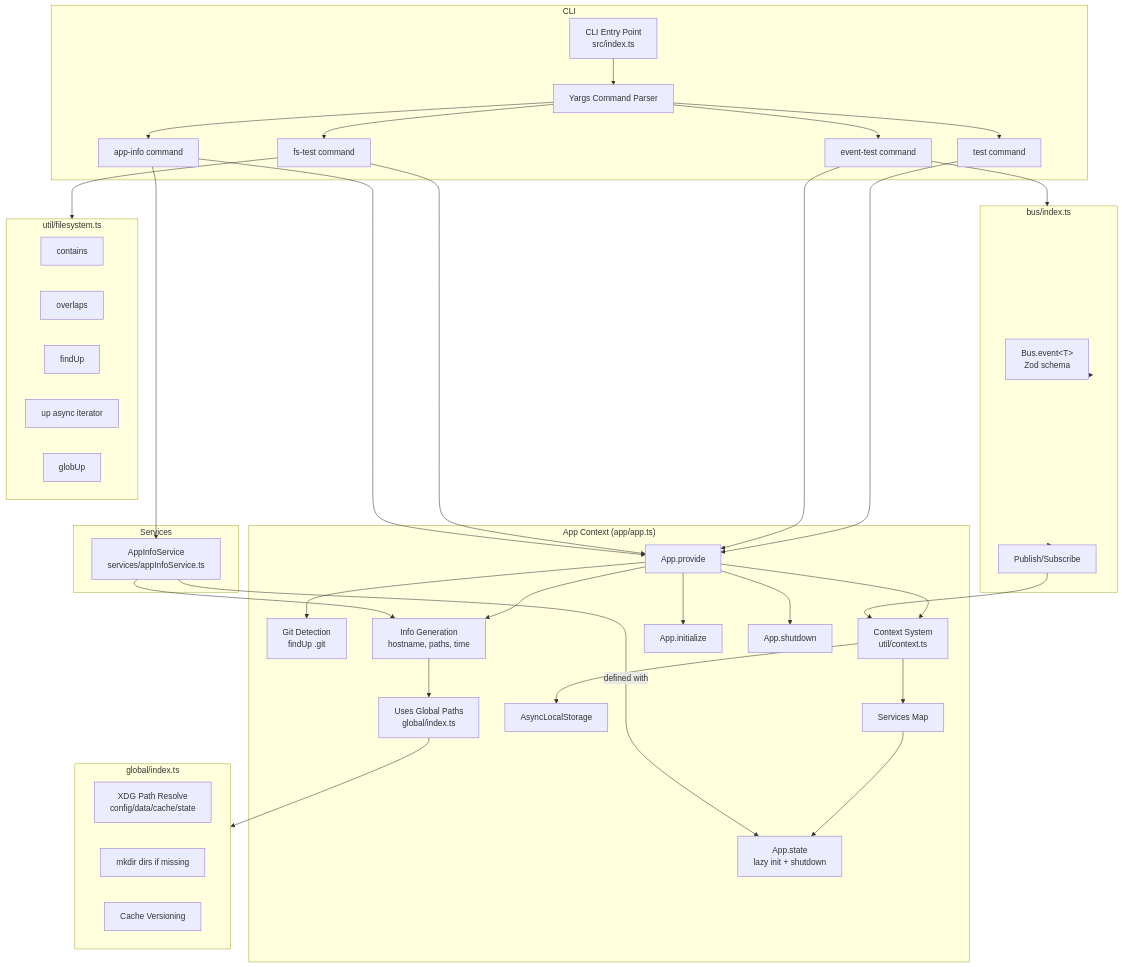
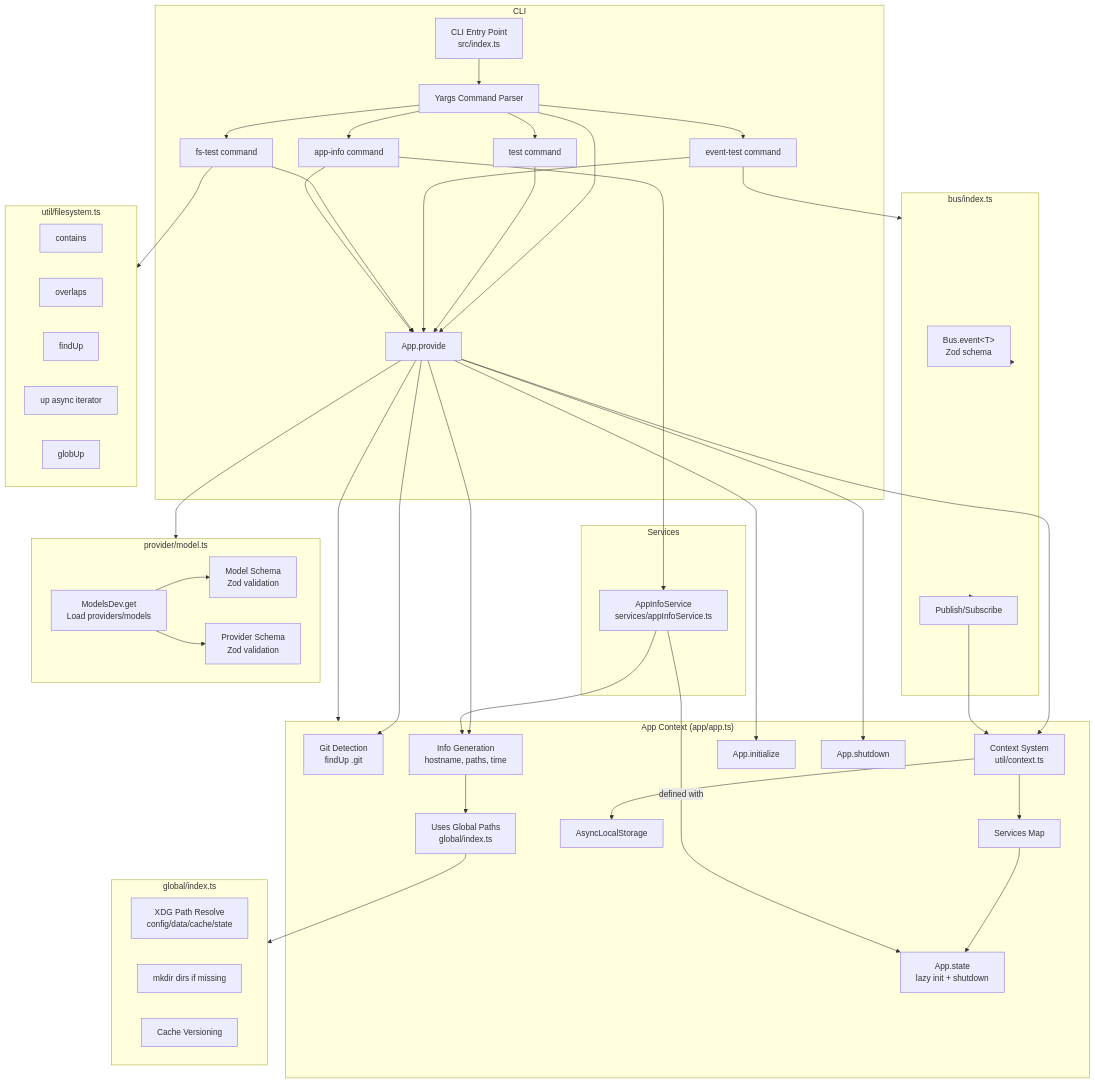
The diagram in packages/pukucode/src/README.md (puku-sh/terminal-ai-assistant), drawn with Mermaid before and after one commit. The commit also changed other lines of this file, not shown here.

````diff
--- a/packages/pukucode/src/README.md
+++ b/packages/pukucode/src/README.md
@@ -22,6 +22,7 @@
     B --> D[event-test command]
     B --> E[fs-test command]
     B --> F[app-info command]
+    B --> G[models-test command]
   end
 
   %% ─────────────────────────── App Context  ────────────────────────────
@@ -78,6 +79,16 @@
   end
   E --> FS
 
+  %% ─────────────────────────── Provider System ─────────────────────────
+  subgraph Provider["provider/model.ts"]
+    P1[ModelsDev.get<br/>Load providers/models]
+    P2[Model Schema<br/>Zod validation]
+    P3[Provider Schema<br/>Zod validation]
+    P1 --> P2
+    P1 --> P3
+  end
+  G --> Provider
+
   %% ─────────────────────────── Command → App Context Links ─────────────
   %% test command
   C --> G
@@ -87,4 +98,6 @@
   E --> G
   %% app-info command 
   F --> G
+  %% models-test command
+  G --> AppContext
 ```
````
